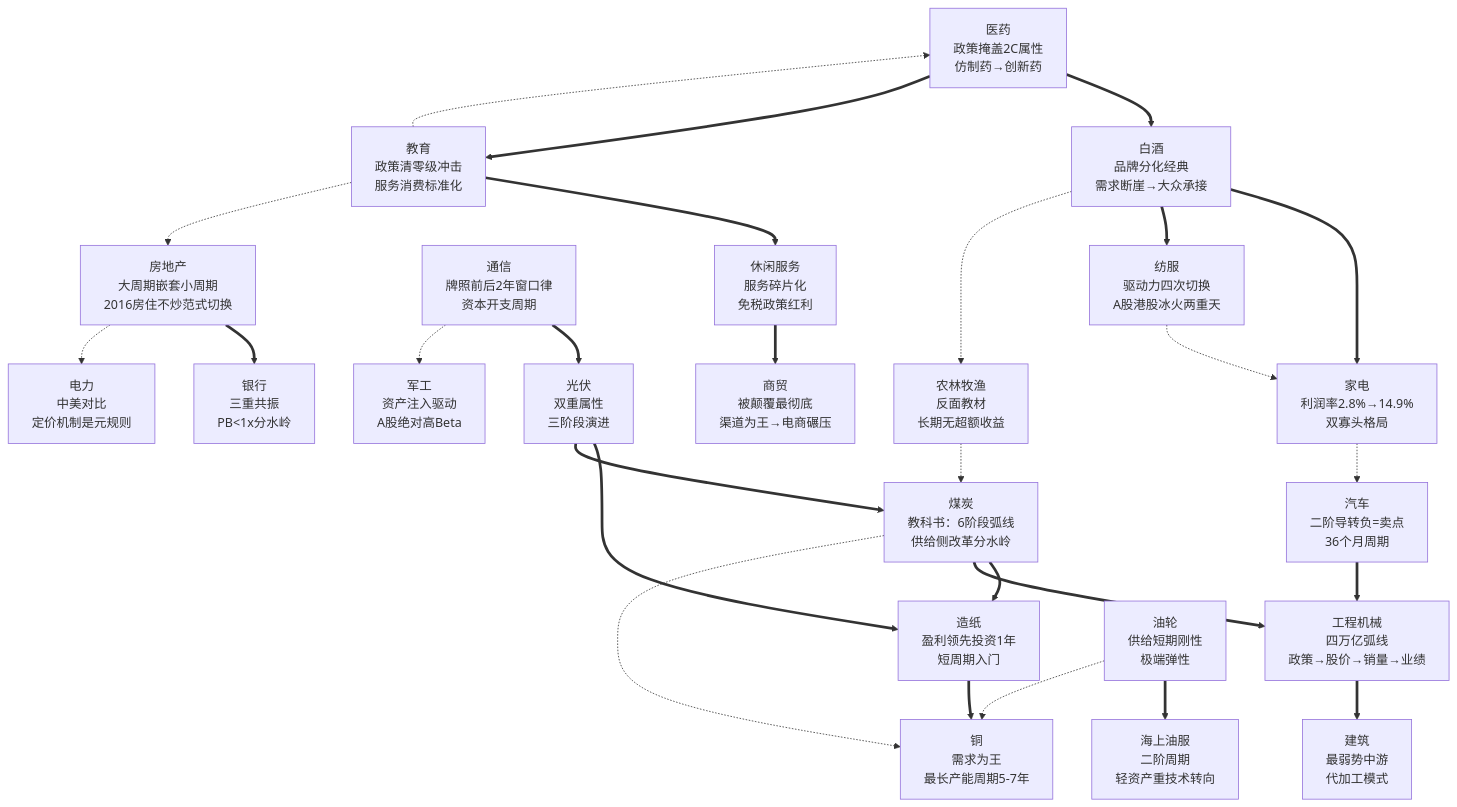
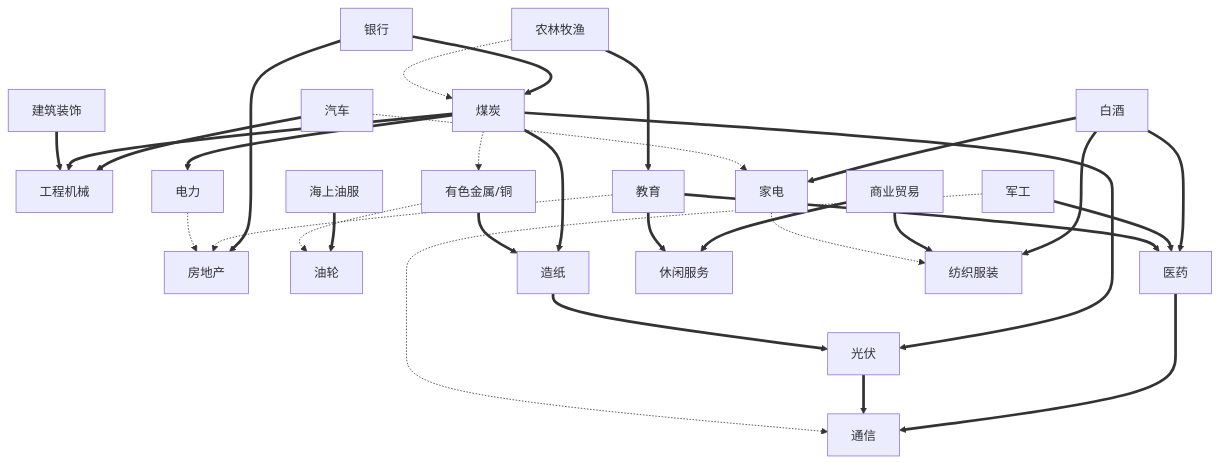
Before and after one commit to TianHades/Industry-analysis: the diagram in historical-review/行业案例档案库/案例关联关系图.md, drawn with Mermaid. The commit also changed other lines of this file and 26 other files, not shown here.

````diff
--- a/historical-review/行业案例档案库/案例关联关系图.md
+++ b/historical-review/行业案例档案库/案例关联关系图.md
@@ -19,60 +19,60 @@
 ```mermaid
 graph TD
     %% ===== 周期制造型 =====
-    COAL[煤炭<br/>教科书：6阶段弧线<br/>供给侧改革分水岭]
-    MACH[工程机械<br/>四万亿弧线<br/>政策→股价→销量→业绩]
-    PAPER[造纸<br/>盈利领先投资1年<br/>短周期入门]
-    COPPER[铜<br/>需求为王<br/>最长产能周期5-7年]
-    TANKER[油轮<br/>供给短期刚性<br/>极端弹性]
-    REAL_EST[房地产<br/>大周期嵌套小周期<br/>2016房住不炒范式切换]
-    BANK[银行<br/>三重共振<br/>PB<1x分水岭]
-    AGRI[农林牧渔<br/>反面教材<br/>长期无超额收益]
-    BUILD[建筑<br/>最弱势中游<br/>代加工模式]
-    POWER[电力<br/>中美对比<br/>定价机制是元规则]
-    OIL_SVC[海上油服<br/>二阶周期<br/>轻资产重技术转向]
-
+    AGRICULTURE_CASE[农林牧渔]
+    CONSTRUCTION_MACHINERY_CASE[工程机械]
+    CONSTRUCTION_DECORATION_CASE[建筑装饰]
+    REAL_ESTATE_CASE[房地产]
+    COPPER_CYCLE_CASE[有色金属/铜]
+    TANKER_CYCLE_CASE[油轮]
+    OFFSHORE_OIL_SERVICE_CASE[海上油服]
+    COAL_COMPLETE_CASE[煤炭]
+    ELECTRIC_POWER_CASE[电力]
+    PAPERMAKING_CASE[造纸]
+    BANKING_CASE[银行]
     %% ===== 技术迭代型 =====
-    TELECOM[通信<br/>牌照前后2年窗口律<br/>资本开支周期]
-    SOLAR[光伏<br/>双重属性<br/>三阶段演进]
-    PHARMA[医药<br/>政策掩盖2C属性<br/>仿制药→创新药]
-    DEFENSE[军工<br/>资产注入驱动<br/>A股绝对高Beta]
-
+    SOLAR_PV_CASE[光伏]
+    DEFENSE_INDUSTRY_CASE[军工]
+    PHARMA_CASE[医药]
+    TELECOM_CYCLE_CASE[通信]
     %% ===== 品牌消费型 =====
-    BAIJIU[白酒<br/>品牌分化经典<br/>需求断崖→大众承接]
-    HOME_APP[家电<br/>利润率2.8%→14.9%<br/>双寡头格局]
-    AUTO[汽车<br/>二阶导转负=卖点<br/>36个月周期]
-    TEXTILE[纺服<br/>驱动力四次切换<br/>A股港股冰火两重天]
-    EDU[教育<br/>政策清零级冲击<br/>服务消费标准化]
-    LEISURE[休闲服务<br/>服务碎片化<br/>免税政策红利]
-    COMMERCE[商贸<br/>被颠覆最彻底<br/>渠道为王→电商碾压]
-
-    %% ===== composes-with (配合使用) =====
-    COAL ==> PAPER
-    COAL ==> MACH
-    PAPER ==> COPPER
-    TANKER ==> OIL_SVC
-    REAL_EST ==> BANK
-    MACH ==> BUILD
-    TELECOM ==> SOLAR
-    BAIJIU ==> HOME_APP
-    BAIJIU ==> TEXTILE
-    EDU ==> LEISURE
-    PHARMA ==> BAIJIU
-    PHARMA ==> EDU
-    LEISURE ==> COMMERCE
-    SOLAR ==> PAPER
-    SOLAR ==> COAL
-    AUTO ==> MACH
-
-    %% ===== contrasts-with (对比) =====
-    COAL -.-> COPPER
-    TANKER -.-> COPPER
-    AGRI -.-> COAL
-    HOME_APP -.-> AUTO
-    TEXTILE -.-> HOME_APP
-    EDU -.-> PHARMA
-    TELECOM -.-> DEFENSE
-    REAL_EST -.-> POWER
-    BAIJIU -.-> AGRI
-    EDU -.-> REAL_EST
+    LEISURE_SERVICE_CASE[休闲服务]
+    COMMERCE_TRADE_CASE[商业贸易]
+    HOME_APPLIANCE_CASE[家电]
+    EDUCATION_CASE[教育]
+    AUTO_CASE[汽车]
+    BAIJIU_CASE[白酒]
+    TEXTILE_APPAREL_CASE[纺织服装]
+    %% ===== composes-with =====
+    AGRICULTURE_CASE ==> EDUCATION_CASE
+    AUTO_CASE ==> CONSTRUCTION_MACHINERY_CASE
+    BAIJIU_CASE ==> HOME_APPLIANCE_CASE
+    BAIJIU_CASE ==> PHARMA_CASE
+    BAIJIU_CASE ==> TEXTILE_APPAREL_CASE
+    BANKING_CASE ==> COAL_COMPLETE_CASE
+    BANKING_CASE ==> REAL_ESTATE_CASE
+    COAL_COMPLETE_CASE ==> CONSTRUCTION_MACHINERY_CASE
+    COAL_COMPLETE_CASE ==> ELECTRIC_POWER_CASE
+    COAL_COMPLETE_CASE ==> PAPERMAKING_CASE
+    COAL_COMPLETE_CASE ==> SOLAR_PV_CASE
+    COMMERCE_TRADE_CASE ==> LEISURE_SERVICE_CASE
+    COMMERCE_TRADE_CASE ==> TEXTILE_APPAREL_CASE
+    CONSTRUCTION_DECORATION_CASE ==> CONSTRUCTION_MACHINERY_CASE
+    COPPER_CYCLE_CASE ==> PAPERMAKING_CASE
+    DEFENSE_INDUSTRY_CASE ==> PHARMA_CASE
+    EDUCATION_CASE ==> LEISURE_SERVICE_CASE
+    EDUCATION_CASE ==> PHARMA_CASE
+    OFFSHORE_OIL_SERVICE_CASE ==> TANKER_CYCLE_CASE
+    PAPERMAKING_CASE ==> SOLAR_PV_CASE
+    PHARMA_CASE ==> TELECOM_CYCLE_CASE
+    SOLAR_PV_CASE ==> TELECOM_CYCLE_CASE
+    %% ===== contrasts-with =====
+    AGRICULTURE_CASE -.-> COAL_COMPLETE_CASE
+    AUTO_CASE -.-> HOME_APPLIANCE_CASE
+    COAL_COMPLETE_CASE -.-> COPPER_CYCLE_CASE
+    COPPER_CYCLE_CASE -.-> TANKER_CYCLE_CASE
+    DEFENSE_INDUSTRY_CASE -.-> TELECOM_CYCLE_CASE
+    EDUCATION_CASE -.-> REAL_ESTATE_CASE
+    ELECTRIC_POWER_CASE -.-> REAL_ESTATE_CASE
+    HOME_APPLIANCE_CASE -.-> TEXTILE_APPAREL_CASE
 ```
````
